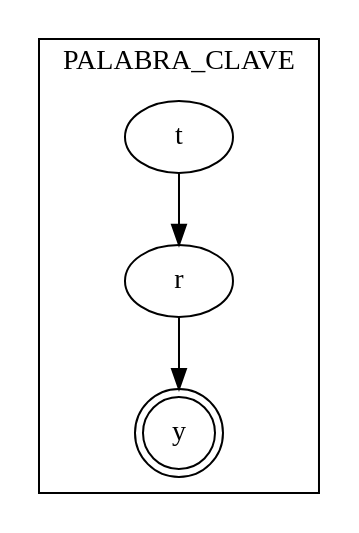
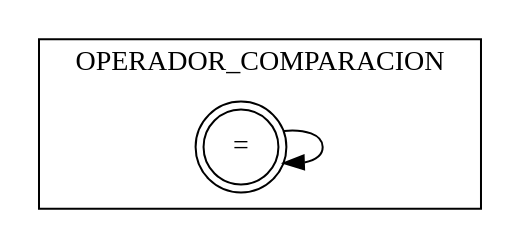
One commit to luisbaquiax/2023_Lenguajes_practica_1 changed the diagram in LenguajesPracticaLexico/src/example.dot. Above: the diagram before and after it, drawn with Graphviz. The commit also changed 50 other files, not shown here.

```diff
--- a/LenguajesPracticaLexico/src/example.dot
+++ b/LenguajesPracticaLexico/src/example.dot
@@ -1,8 +1,8 @@
 digraph G {
 
-  "y" [shape=doublecircle]  subgraph cluster_0 {
+  "=" [shape=doublecircle]  subgraph cluster_0 {
 
-"t" -> "r" -> "y";
-    label = "PALABRA_CLAVE";
+"=" -> "=";
+    label = "OPERADOR_COMPARACION";
   }
 }
```
